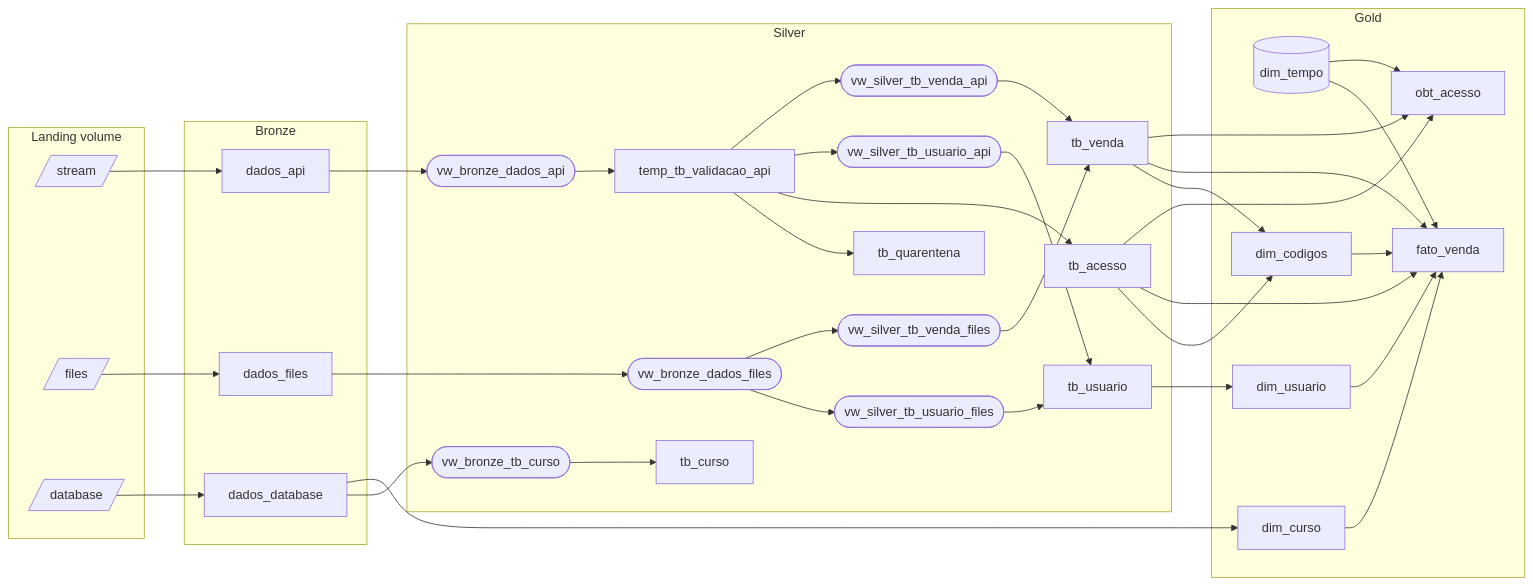
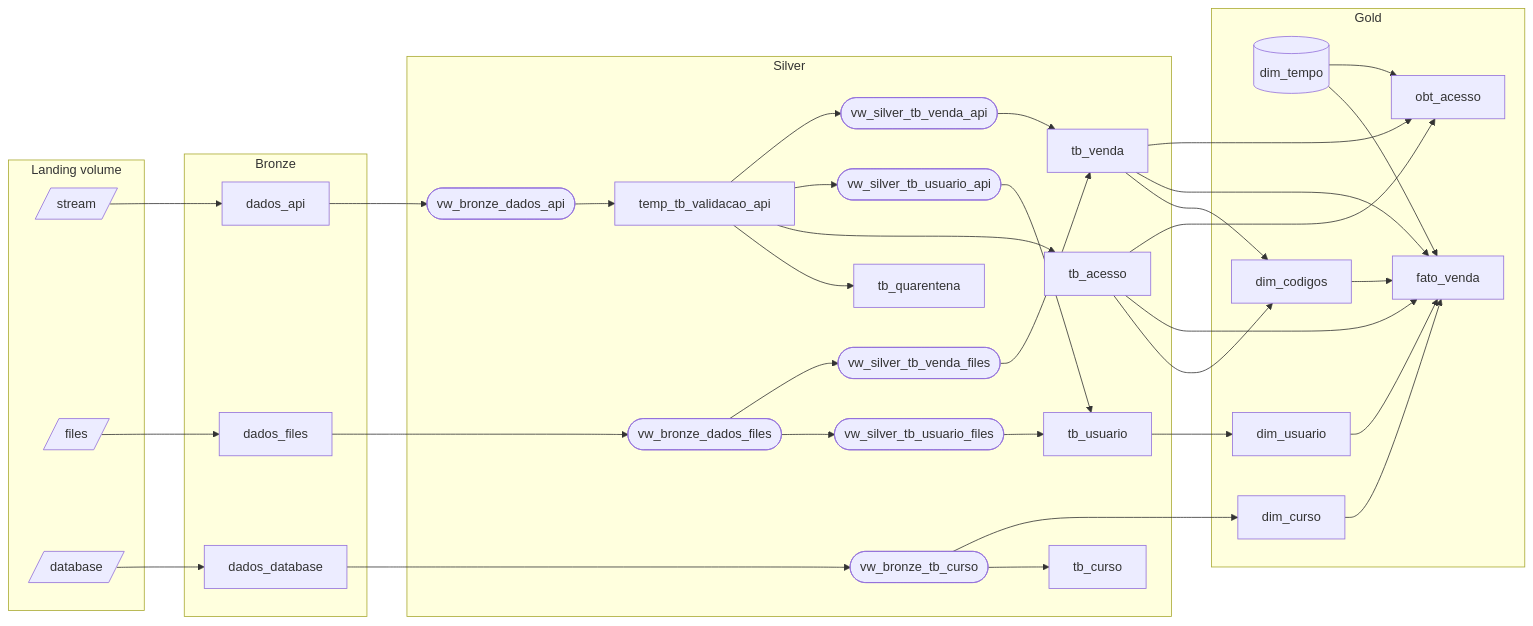
Before and after one commit to ajluz/lakeflow_claude_code-dbks-iatool: the diagram in doc/architecture.md, drawn with Mermaid. The commit also changed other lines of this file and 13 other files, not shown here.

````diff
--- a/doc/architecture.md
+++ b/doc/architecture.md
@@ -35,68 +35,68 @@
 ```mermaid
 flowchart LR
     subgraph landing[Landing volume]
         L1[/stream/]
         L2[/files/]
         L3[/database/]
     end
 
     subgraph bronze[Bronze]
         B1[dados_api]
         B2[dados_files]
         B3[dados_database]
     end
 
     subgraph silver[Silver]
         V1([vw_bronze_dados_api])
         V2([vw_bronze_dados_files])
         V6([vw_silver_tb_usuario_api])
         V7([vw_silver_tb_usuario_files])
         T1[temp_tb_validacao_api]
         S1[tb_quarentena]
         S2[tb_acesso]
         S3[tb_usuario]
         V3([vw_silver_tb_venda_api])
         V4([vw_silver_tb_venda_files])
         S4[tb_venda]
         V5([vw_bronze_tb_curso])
         S5[tb_curso]
     end
 
     subgraph gold[Gold]
         G0[(dim_tempo)]
         G1[dim_usuario]
         G2[dim_curso]
         G3[dim_codigos]
         G4[fato_venda]
         G5[obt_acesso]
     end
 
     L1 --> B1 --> V1 --> T1
     L2 --> B2 --> V2
     L3 --> B3 --> V5 --> S5
 
     T1 --> S1
     T1 --> S2
     T1 --> V6 --> S3
     T1 --> V3
     V2 --> V7 --> S3
     V2 --> V4
     V3 --> S4
     V4 --> S4
 
     S3 --> G1
-    B3 --> G2
+    V5 --> G2
     S4 --> G3
     S2 --> G3
 
     S4 --> G4
     S2 --> G4
     G0 --> G4
     G1 --> G4
     G2 --> G4
     G3 --> G4
 
     S2 --> G5
     S4 --> G5
     G0 --> G5
 ```
````
